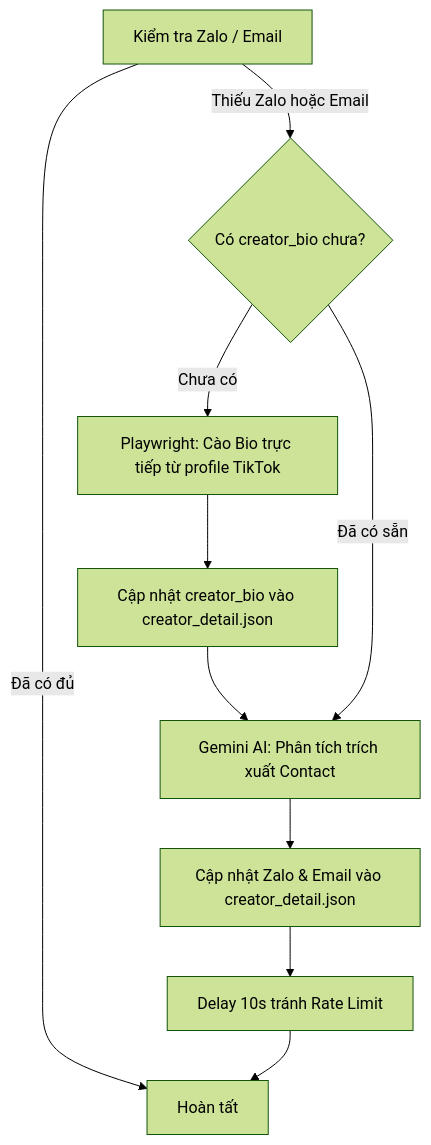
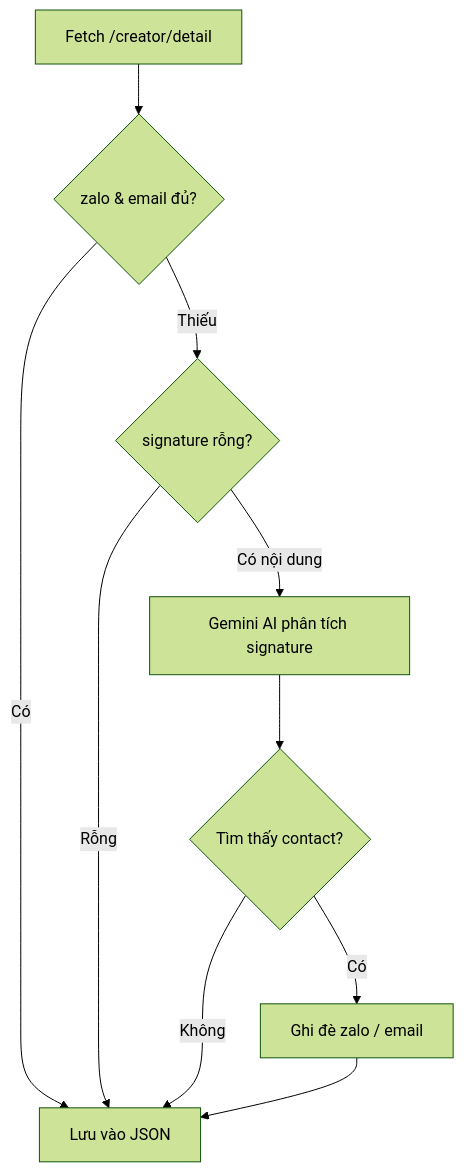
One commit to devluutiendat/kalo-data changed the diagram in README.md. Above: the diagram before and after it, drawn with Mermaid (forest theme). The commit also changed other lines of this file and 351 other files, not shown here.

````diff
--- a/README.md
+++ b/README.md
@@ -184,12 +206,12 @@
   ```mermaid
   flowchart TD
-      A[Kiểm tra Zalo / Email] -->|Đã có đủ| Z[Hoàn tất]
-      A -->|Thiếu Zalo hoặc Email| B{Có creator_bio chưa?}
-      B -->|Chưa có| C[Playwright: Cào Bio trực tiếp từ profile TikTok]
-      C --> D[Cập nhật creator_bio vào creator_detail.json]
-      D --> E[Gemini AI: Phân tích trích xuất Contact]
-      B -->|Đã có sẵn| E
-      E --> F[Cập nhật Zalo & Email vào creator_detail.json]
-      F --> G[Delay 10s tránh Rate Limit]
-      G --> Z
+      A[Fetch /creator/detail] --> B{zalo & email đủ?}
+      B -->|Có| Z[Lưu vào JSON]
+      B -->|Thiếu| C{signature rỗng?}
+      C -->|Rỗng| Z
+      C -->|Có nội dung| D[Gemini AI phân tích signature]
+      D --> E{Tìm thấy contact?}
+      E -->|Có| F[Ghi đè zalo / email]
+      E -->|Không| Z
+      F --> Z
   ```
````
